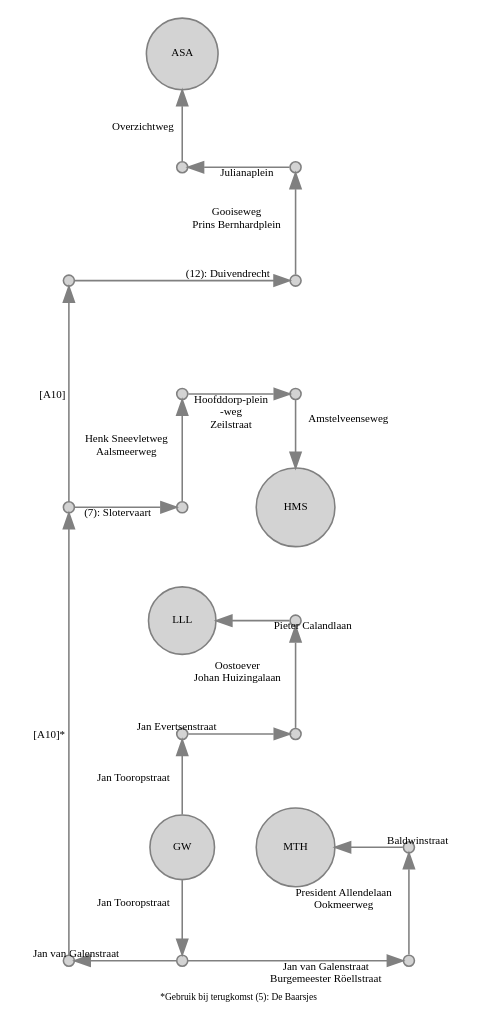
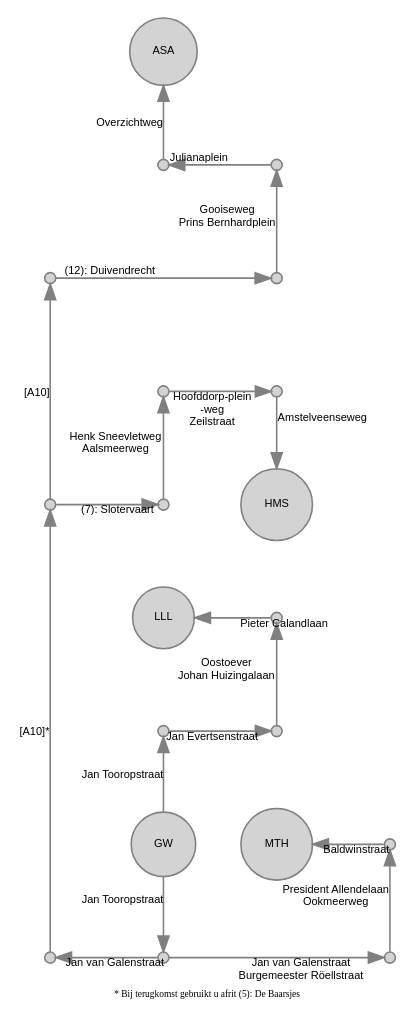
The diagram in gvb/gvb_LLL_G.gv (JacekPardyak/bus), drawn with Graphviz before and after one commit. The commit also changed 14 other files, not shown here.

```diff
--- a/gvb/gvb_LLL_G.gv
+++ b/gvb/gvb_LLL_G.gv
@@ -1,57 +1,57 @@
 digraph G {
   layout = neato
-  node [shape = circle, style = filled, fillcolor = lightgray, color=gray, height=0.1, label = "", fontsize = 7]
-  edge [color=gray, fontsize = 7]
+  node [shape = circle, style = filled, fillcolor = lightgray, color=gray, height=0.1, label = "", fontsize = 7, fontname = "Arial"]
+  edge [color=gray, fontsize = 7, fontname = "Arial"]
 
   GW [pos = " 0, -2!", label = "GW"]
   LLL [pos = "0, 0!", label = "LLL"]
   MTH  [pos = "1,-2!", label = "MTH"]
   HMM [pos = " 1, 1!", label = "HMS"]
   ASA [pos = " 0, 5!", label = "ASA"]
   GW01 [pos = " 0, -1!"]
   GW02 [pos = " 1,-1!"]
   GW03 [pos = " 2,-3!"]
   GW04 [pos = " 1, 0!"]
   GW05 [pos = " 0,-3!"]
   GW06 [pos = " 2,-2!"]
   GW07 [pos = "-1,-3!"]
   GW08 [pos = "-1, 1!"]
   GW09 [pos = " 0, 2!"]
   GW10 [pos = " 1, 2!"]
   GW11 [pos = " 0, 1!"]
   GW13 [pos = " 0, 4!"]
   GW14 [pos = "-1, 3!"]
   GW15 [pos = " 1, 3!"]
   GW12 [pos = " 1, 4!"]
 
   GW -> GW01 [label = "Jan Tooropstraat"]
   GW -> GW05 [label = "Jan Tooropstraat"]
   GW01 -> GW02 [label = "Jan Evertsenstraat"]
   GW02 -> GW04 [label = "Oostoever 
  Johan Huizingalaan"]
   GW03 -> GW06 [label = "President Allendelaan 
  Ookmeerweg"]
   GW04 -> LLL [label = "Pieter Calandlaan"]
   GW05 -> GW03 [label = "Jan van Galenstraat 
  Burgemeester Röellstraat"]
   GW05 -> GW07 [label = "Jan van Galenstraat"]
   GW06 -> MTH [label = "Baldwinstraat"]
   GW07 -> GW08 [label = "[A10]*"]
   GW08 -> GW11 [label = "(7): Slotervaart"]
   GW08 -> GW14 [label = "[A10]"]
   GW09 -> GW10 [label = "Hoofddorp-plein 
  -weg 
  Zeilstraat"]
   GW10 -> HMM [label = "Amstelveenseweg"]
   GW11 -> GW09 [label = "Henk Sneevletweg 
  Aalsmeerweg"]
   GW12 -> GW13 [label = "Julianaplein"]
   GW13 -> ASA [label = "Overzichtweg"]
   GW14 -> GW15 [label = "(12): Duivendrecht"]
   GW15 -> GW12 [label = "Gooiseweg 
  Prins Bernhardplein"]
 
   labelloc="b"
-  label="*Gebruik bij terugkomst (5): De Baarsjes"
+  label="* Bij terugkomst gebruikt u afrit (5): De Baarsjes"
   fontsize=6
 }
```
